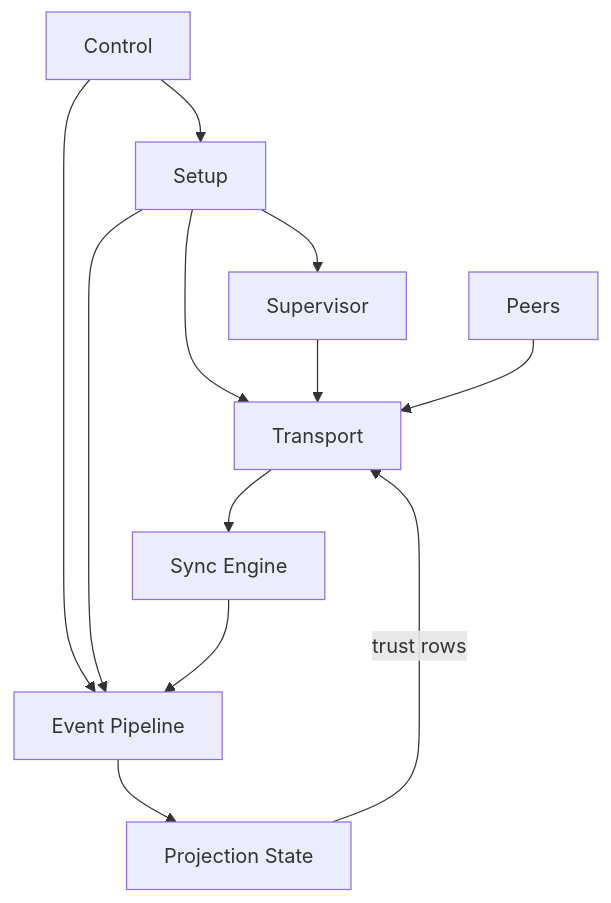
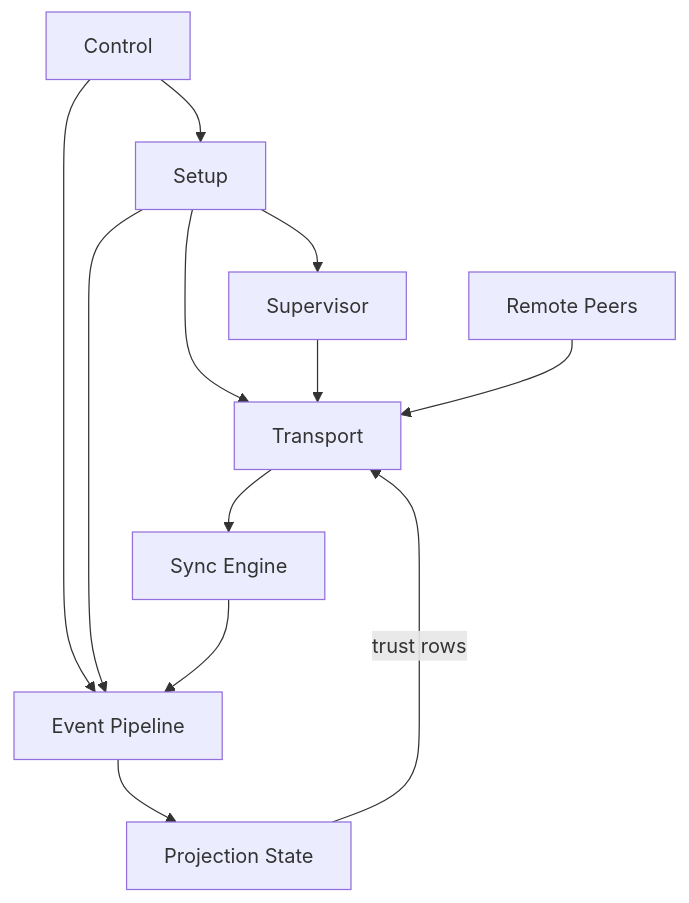
Before and after one commit to holmesworcester/topo: the diagram in README.md, drawn with Mermaid. The commit also changed other lines of this file and 7 other files, not shown here.

````diff
--- a/README.md
+++ b/README.md
@@ -145,24 +110,24 @@
 ```mermaid
 %%{init: {"flowchart": {"wrappingWidth": 320}} }%%
 flowchart TD
     CTRL["Control"]
     BOOT["Setup"]
     RSUP["Supervisor"]
     TRANS["Transport"]
     SYNC["Sync Engine"]
     PIPE["Event Pipeline"]
     PSTATE["Projection State"]
-    PEERS["Peers"]
+    PEERS["Remote Peers"]
 
     CTRL --> BOOT
     CTRL --> PIPE
     BOOT --> RSUP
     BOOT --> TRANS
     BOOT --> PIPE
     RSUP --> TRANS
     PEERS --> TRANS
     TRANS --> SYNC
     SYNC --> PIPE
     PIPE --> PSTATE
     PSTATE -->|trust rows| TRANS
 ```
````
